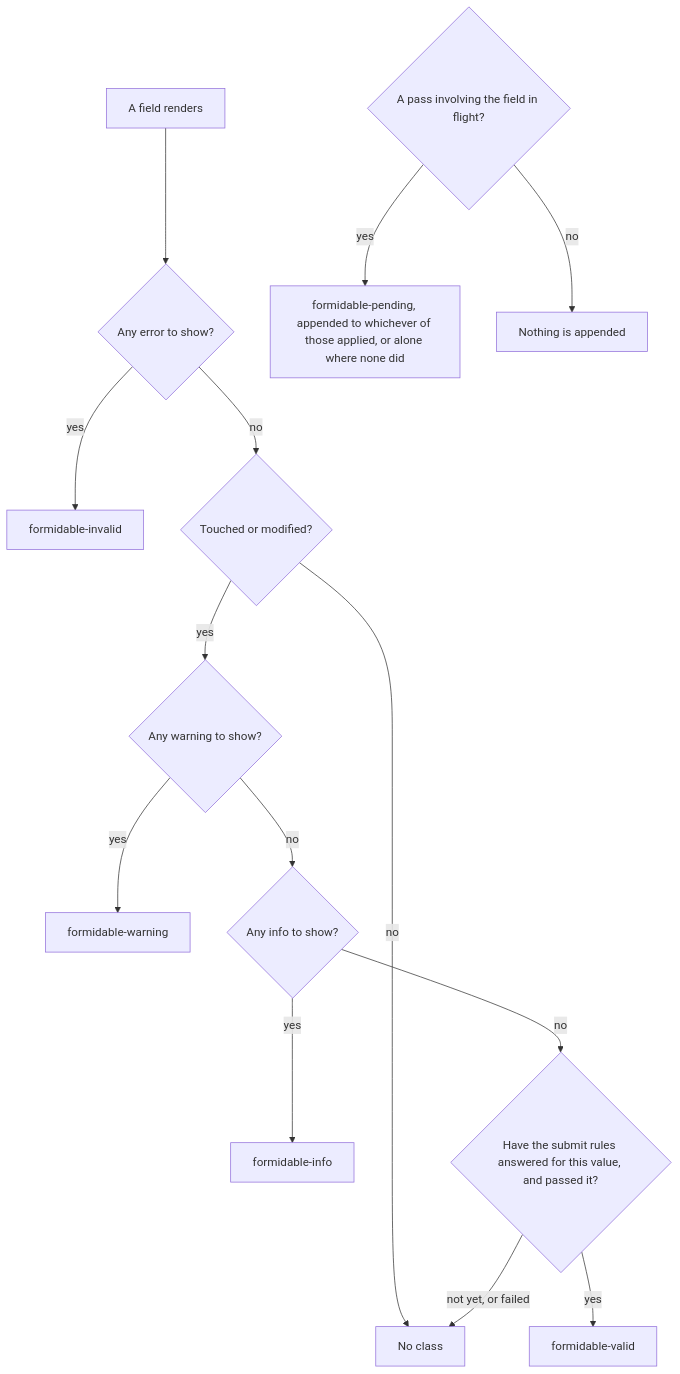
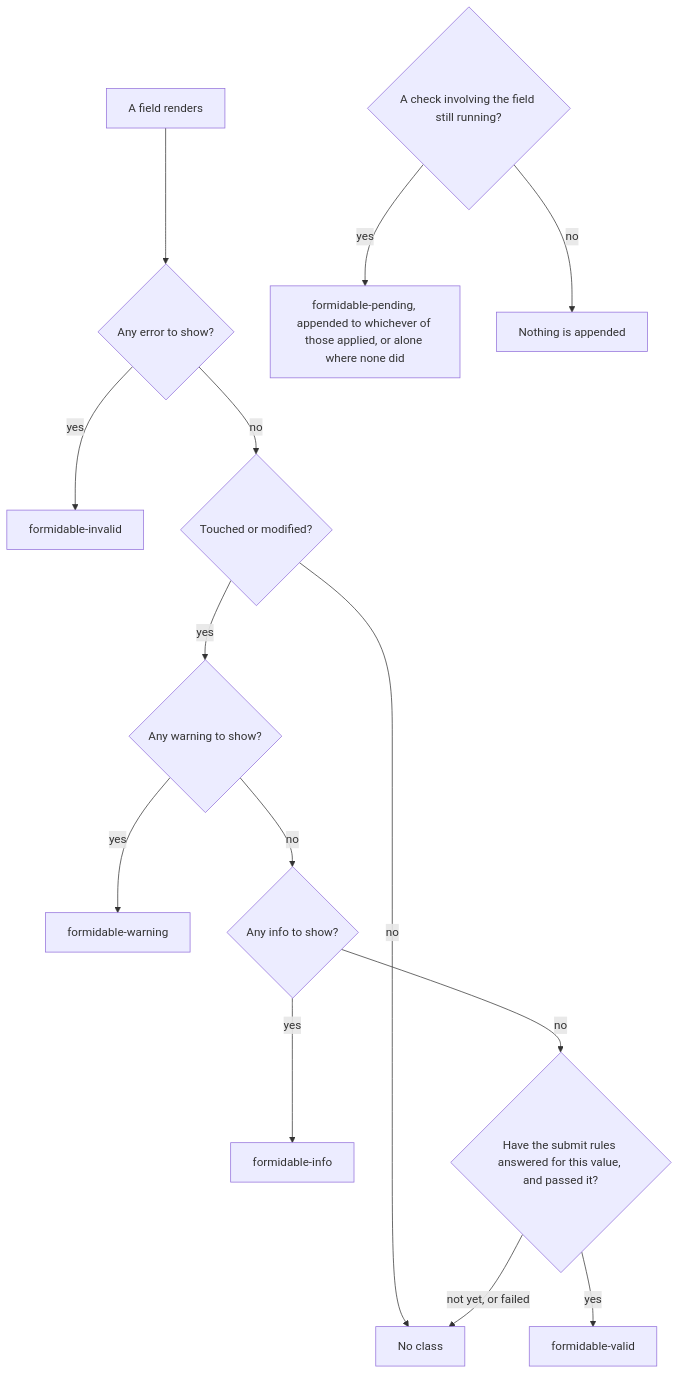
Before and after one commit to xfunc-pty-ltd/formidable: the diagram in docs/css-and-accessibility.md, drawn with Mermaid. The commit also changed other lines of this file and 28 other files, not shown here.

````diff
--- a/docs/css-and-accessibility.md
+++ b/docs/css-and-accessibility.md
@@ -40,16 +40,16 @@
 ```mermaid
 flowchart TD
     A["A field renders"] --> E{"Any error to show?"}
     E -- "yes" --> INV["formidable-invalid"]
     E -- "no" --> T{"Touched or modified?"}
     T -- "no" --> NONE["No class"]
     T -- "yes" --> W{"Any warning to show?"}
     W -- "yes" --> WARN["formidable-warning"]
     W -- "no" --> I{"Any info to show?"}
     I -- "yes" --> INFO["formidable-info"]
     I -- "no" --> S{"Have the submit rules answered for this value, and passed it?"}
     S -- "yes" --> OK["formidable-valid"]
     S -- "not yet, or failed" --> NONE
-    P{"A pass involving the field in flight?"} -- "yes" --> PEND["formidable-pending, appended to whichever of those applied, or alone where none did"]
+    P{"A check involving the field still running?"} -- "yes" --> PEND["formidable-pending, appended to whichever of those applied, or alone where none did"]
     P -- "no" --> SAME["Nothing is appended"]
 ```
````
